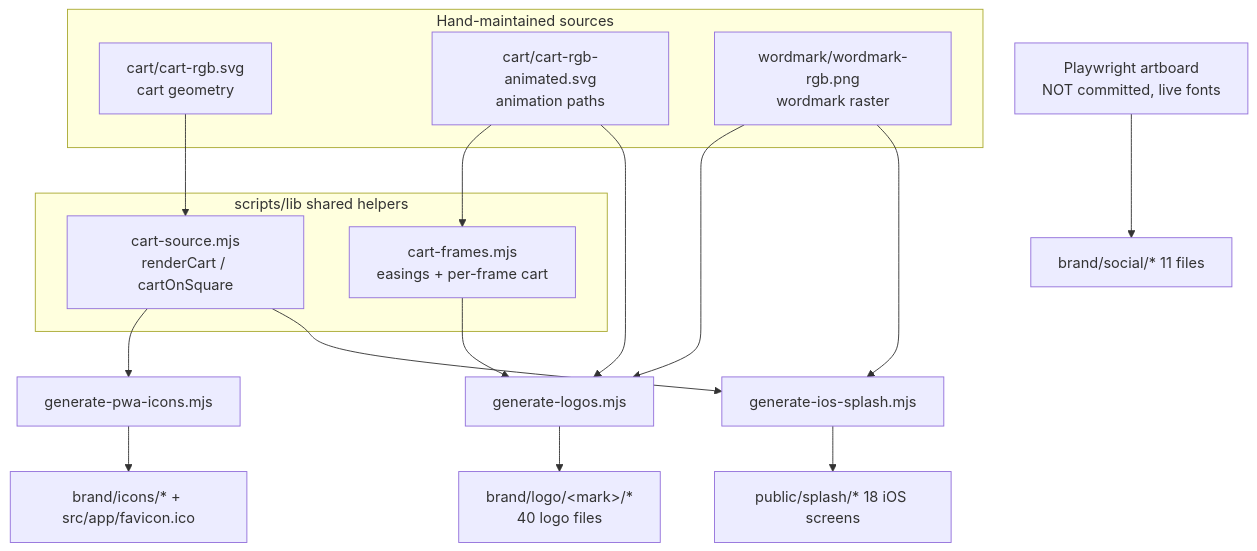
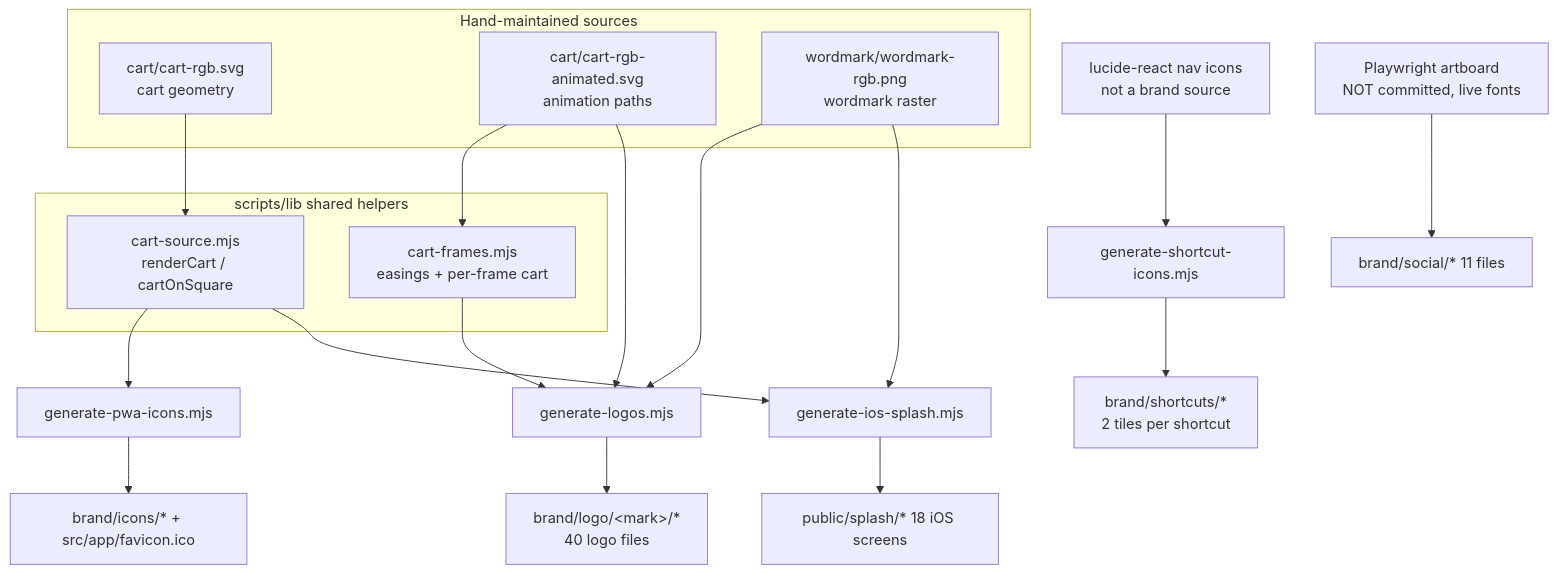
The first of 2 diagrams in docs/BRAND.md (OffCrazyFreak/Disscount), drawn with Mermaid before and after one commit. The commit also changed other lines of this file, not shown here.

First line of the commit message:
docs(brand): Add the shortcut icon generator to every inventory

````diff
--- a/docs/BRAND.md
+++ b/docs/BRAND.md
@@ -53,25 +53,28 @@
 ```mermaid
 flowchart TD
     subgraph Sources[Hand-maintained sources]
         S1[cart/cart-rgb.svg<br/>cart geometry]
         S2[cart/cart-rgb-animated.svg<br/>animation paths]
         S3[wordmark/wordmark-rgb.png<br/>wordmark raster]
     end
     subgraph Shared[scripts/lib shared helpers]
         L1[cart-source.mjs<br/>renderCart / cartOnSquare]
         L2[cart-frames.mjs<br/>easings + per-frame cart]
     end
     S1 --> L1
     S2 --> L2
     G1[generate-logos.mjs]
     G2[generate-pwa-icons.mjs]
     G3[generate-ios-splash.mjs]
+    G4[generate-shortcut-icons.mjs]
     L1 --> G2 & G3
     L2 --> G1
     S2 --> G1
     S3 --> G1 & G3
+    Lucide[lucide-react nav icons<br/>not a brand source] --> G4
     G1 --> O1[brand/logo/&lt;mark&gt;/*<br/>40 logo files]
     G2 --> O2[brand/icons/* + src/app/favicon.ico]
     G3 --> O3[public/splash/* 18 iOS screens]
+    G4 --> O5[brand/shortcuts/*<br/>2 tiles per shortcut]
     Artboard[Playwright artboard<br/>NOT committed, live fonts] --> O4[brand/social/* 11 files]
 ```
````
